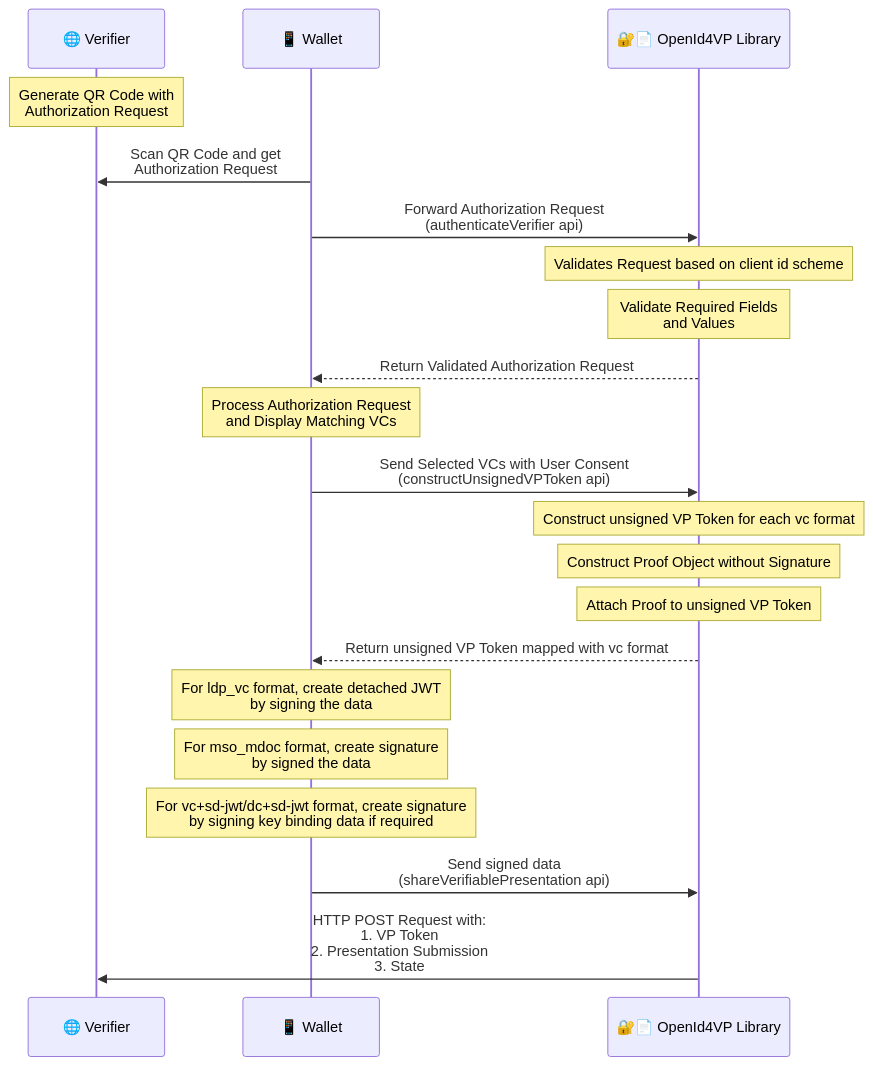
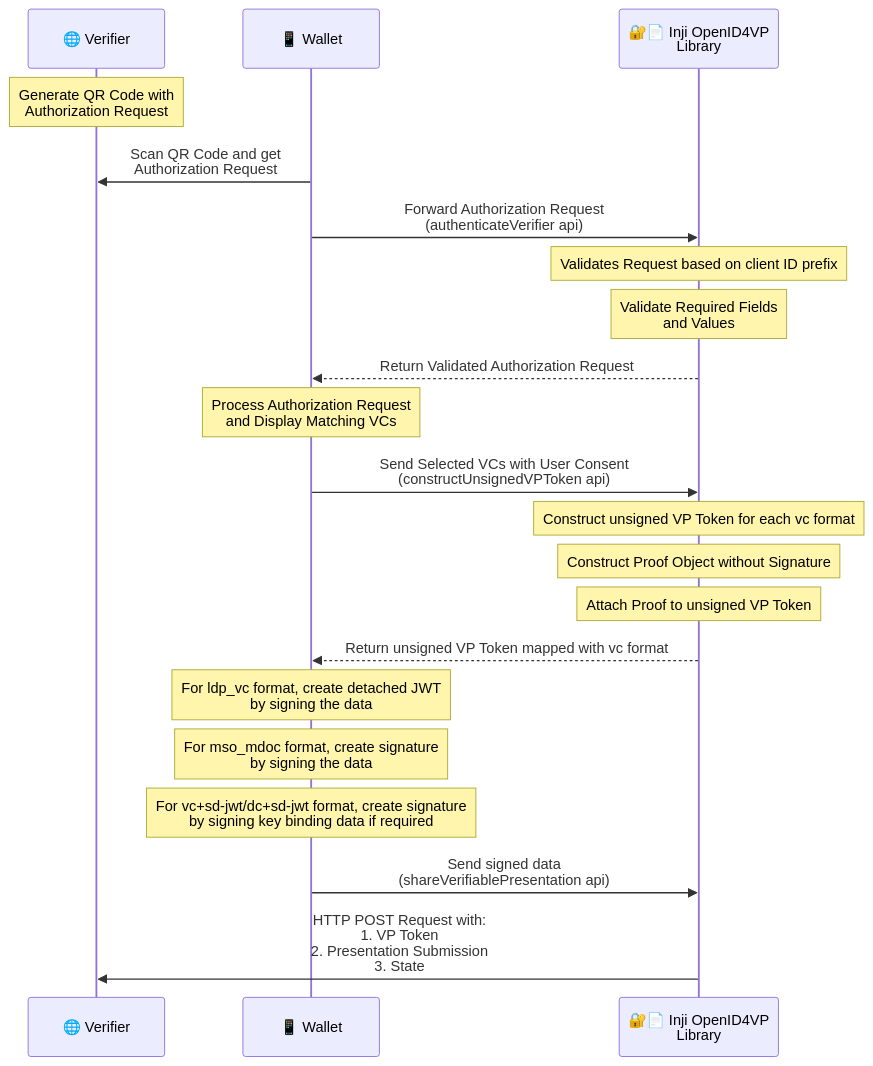
The second of 2 diagrams in docs/openid4vp/openid4vp-support.md (inji/inji-wallet), drawn with Mermaid before and after one commit. The commit also changed other lines of this file and 2 other files, not shown here.

````diff
--- a/docs/openid4vp/openid4vp-support.md
+++ b/docs/openid4vp/openid4vp-support.md
@@ -98,31 +121,31 @@
 ```mermaid
 sequenceDiagram
   participant VP as 🌐 Verifier
   participant W as 📱 Wallet
-  participant Lib as 🔐📄 OpenId4VP Library
+  participant Lib as 🔐📄 Inji OpenID4VP<br/> Library
 
   Note over VP: Generate QR Code with<br/>Authorization Request
   W ->> VP: Scan QR Code and get<br/>Authorization Request
   W ->> Lib: Forward Authorization Request<br/>(authenticateVerifier api)
 
-  Note over Lib: Validates Request based on client id scheme
+  Note over Lib: Validates Request based on  client ID prefix
   Note over Lib: Validate Required Fields<br/>and Values
   Lib-->>W: Return Validated Authorization Request
 
 
   Note over W: Process Authorization Request<br/>and Display Matching VCs
 
   W->>Lib: Send Selected VCs with User Consent<br/>(constructUnsignedVPToken api)
   Note over Lib: Construct unsigned VP Token for each vc format
   Note over Lib: Construct Proof Object without Signature
   Note over Lib: Attach Proof to unsigned VP Token
   Lib-->>W: Return unsigned VP Token mapped with vc format
 
   Note over W: For ldp_vc format, create detached JWT<br/>by signing the data
-  Note over W: For mso_mdoc format, create signature<br/>by signed the data
+  Note over W: For mso_mdoc format, create signature<br/>by signing the data
   Note over W: For vc+sd-jwt/dc+sd-jwt format, create signature<br/>by signing key binding data if required
   W->>Lib: Send signed data<br/>(shareVerifiablePresentation api)
 
 
   Lib->>VP: HTTP POST Request with:<br/>1. VP Token<br/>2. Presentation Submission<br/>3. State
 ```
````
